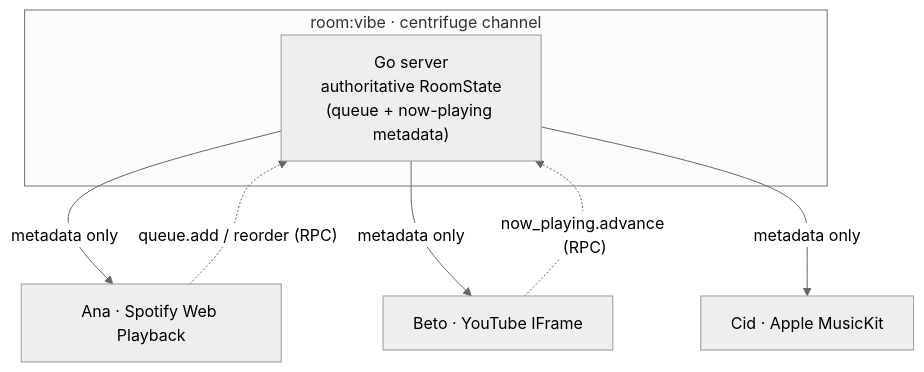
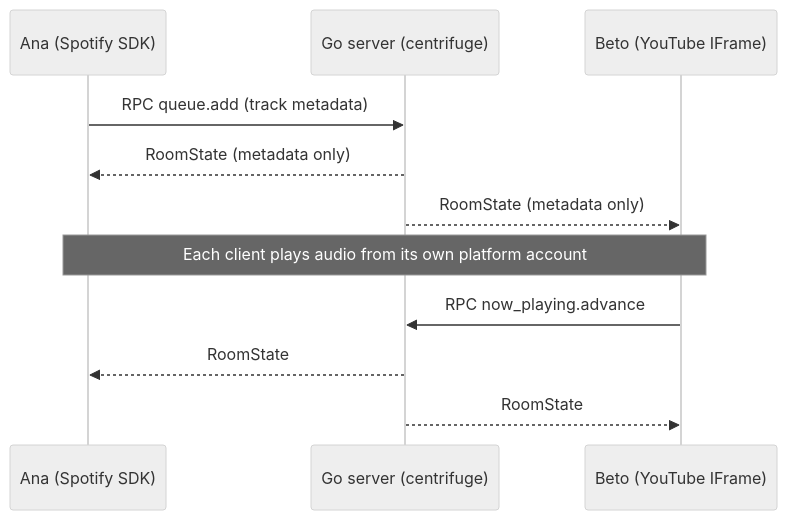
The diagram in README.md (LucasSantana-Dev/cojam), drawn with Mermaid (neutral theme) before and after one commit. The commit also changed other lines of this file and 3 other files, not shown here.

````diff
--- a/README.md
+++ b/README.md
@@ -43,12 +31,13 @@
 ```mermaid
-flowchart TB
-  S["Go server<br/>authoritative RoomState<br/>(queue + now-playing metadata)"]
-  subgraph Room["room:vibe · centrifuge channel"]
-    S
-  end
-  S -- "metadata only" --> A["Ana · Spotify Web Playback"]
-  S -- "metadata only" --> B["Beto · YouTube IFrame"]
-  S -- "metadata only" --> C["Cid · Apple MusicKit"]
-  A -. "queue.add / reorder (RPC)" .-> S
-  B -. "now_playing.advance (RPC)" .-> S
+sequenceDiagram
+  participant A as Ana (Spotify SDK)
+  participant S as Go server (centrifuge)
+  participant B as Beto (YouTube IFrame)
+  A->>S: RPC queue.add (track metadata)
+  S-->>A: RoomState (metadata only)
+  S-->>B: RoomState (metadata only)
+  Note over A,B: Each client plays audio from its own platform account
+  B->>S: RPC now_playing.advance
+  S-->>A: RoomState
+  S-->>B: RoomState
 ```
````
